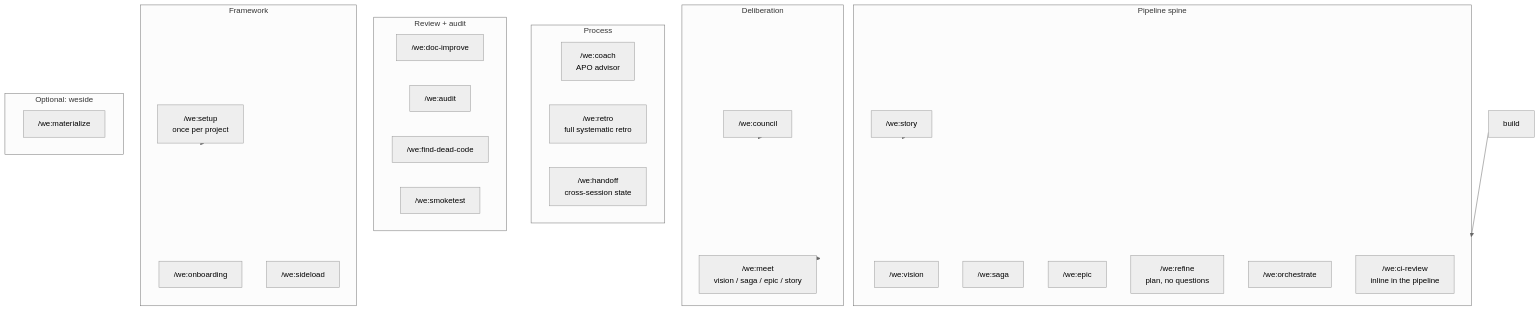
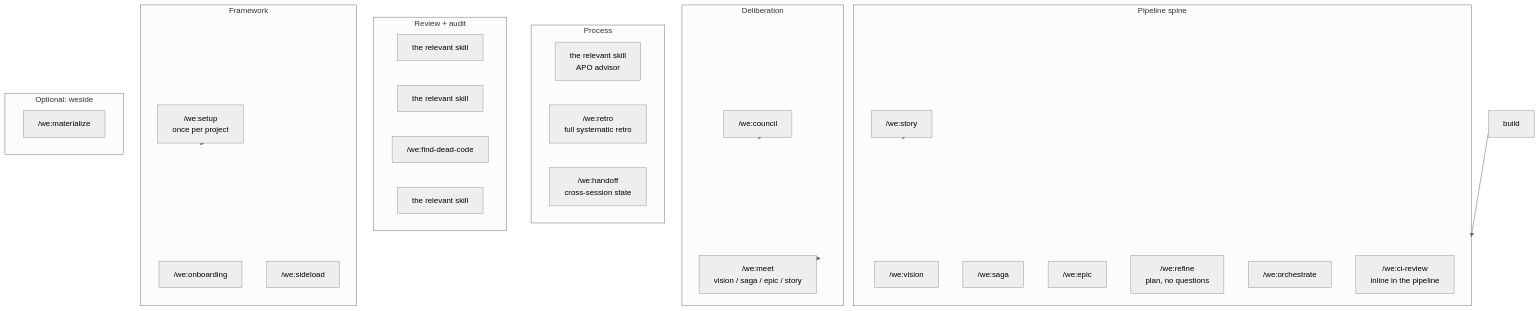
One commit to weside-ai/claude-code-plugin changed the fourth of 4 diagrams in docs/workflow.md. Above: the diagram before and after it, drawn with Mermaid (neutral theme). The commit also changed other lines of this file and 67 other files, not shown here.

````diff
--- a/docs/workflow.md
+++ b/docs/workflow.md
@@ -200,41 +200,41 @@
 ```mermaid
 flowchart TB
     subgraph spine[Pipeline spine]
         vision["/we:vision"]
         saga["/we:saga"]
         epic["/we:epic"]
         story["/we:story"]
         refine["/we:refine<br/>plan, no questions"]
         orch["/we:orchestrate"]
         cireview["/we:ci-review<br/>inline in the pipeline"]
     end
     subgraph deliberation[Deliberation]
         council["/we:council"]
         meet["/we:meet<br/>vision / saga / epic / story"]
     end
     subgraph process[Process]
-        coach["/we:coach<br/>APO advisor"]
+        coach["the relevant skill<br/>APO advisor"]
         retro["/we:retro<br/>full systematic retro"]
         handoff["/we:handoff<br/>cross-session state"]
     end
     subgraph review[Review + audit]
-        docimprove["/we:doc-improve"]
-        audit["/we:audit"]
+        docimprove["the relevant skill"]
+        audit["the relevant skill"]
         find["/we:find-dead-code"]
-        smoke["/we:smoketest"]
+        smoke["the relevant skill"]
     end
     subgraph framework[Framework]
         setup["/we:setup<br/>once per project"]
         onboard["/we:onboarding"]
         sideload["/we:sideload"]
     end
     subgraph weside[Optional: weside]
         materialize["/we:materialize"]
     end
 
     setup --> framework
     council --> deliberation
     meet --> deliberation
     story --> spine
     build --> spine
 ```
````
